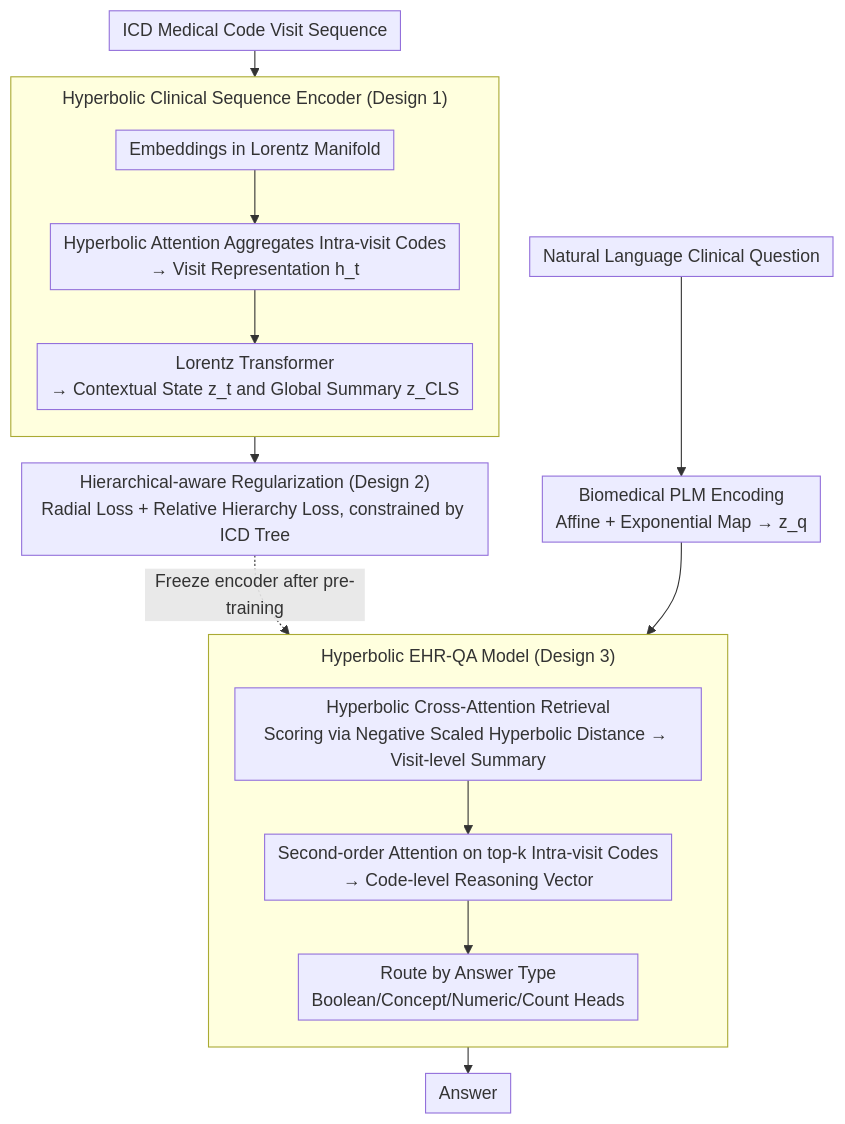
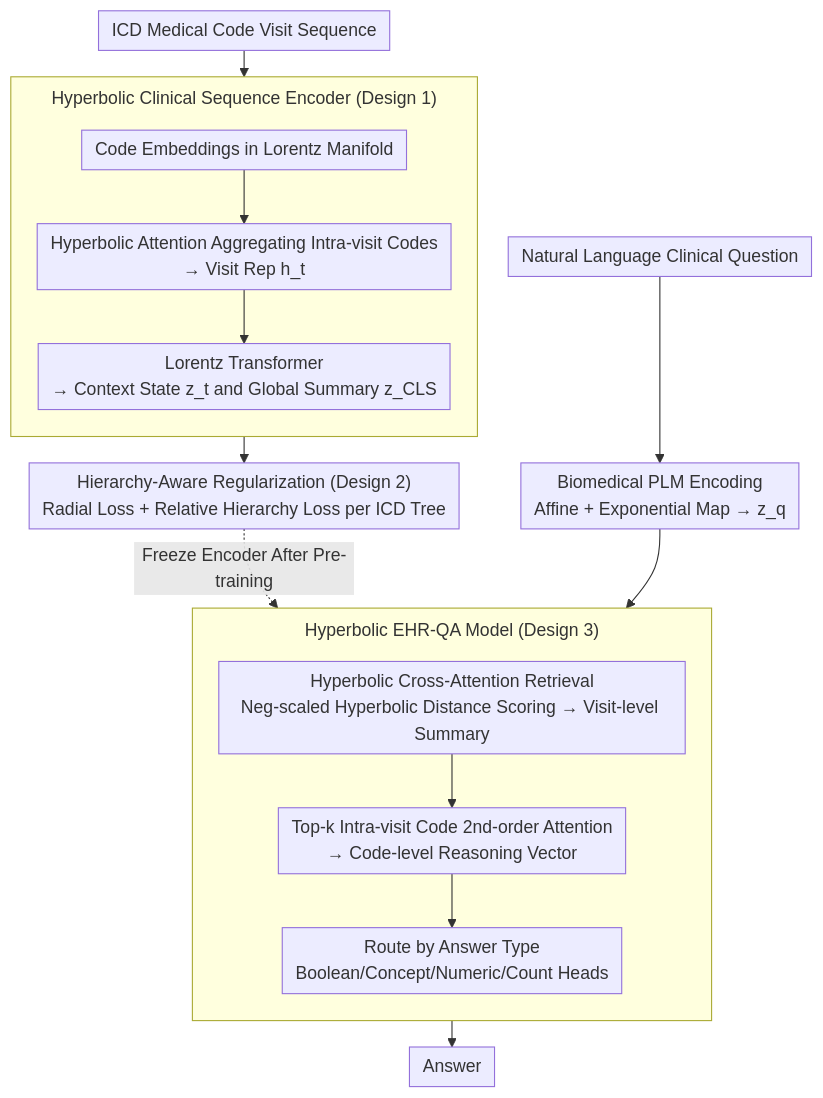
Before and after one commit to zhaoyang97/Paper-Notes-en: the diagram in docs/ACL2026/medical_nlp/hypehr_hyperbolic_modeling_of_electronic_health_records_for_efficient_question_a.md, drawn with Mermaid. The commit also changed other lines of this file and 5084 other files, not shown here.

````diff
--- a/docs/ACL2026/medical_nlp/hypehr_hyperbolic_modeling_of_electronic_health_records_for_efficient_question_a.md
+++ b/docs/ACL2026/medical_nlp/hypehr_hyperbolic_modeling_of_electronic_health_records_for_efficient_question_a.md
@@ -43,20 +43,20 @@
 ```mermaid
 %%{init: {'flowchart': {'rankSpacing': 24, 'nodeSpacing': 28, 'padding': 6, 'wrappingWidth': 400, 'subGraphTitleMargin': {'top': 8, 'bottom': 16}}}}%%
 flowchart TD
     A["ICD Medical Code Visit Sequence"] --> ENC
     subgraph ENC["Hyperbolic Clinical Sequence Encoder (Design 1)"]
         direction TB
-        B["Embeddings in Lorentz Manifold"] --> C["Hyperbolic Attention Aggregates Intra-visit Codes<br/>→ Visit Representation h_t"]
-        C --> D["Lorentz Transformer<br/>→ Contextual State z_t and Global Summary z_CLS"]
+        B["Code Embeddings in Lorentz Manifold"] --> C["Hyperbolic Attention Aggregating Intra-visit Codes<br/>→ Visit Rep h_t"]
+        C --> D["Lorentz Transformer<br/>→ Context State z_t and Global Summary z_CLS"]
     end
-    ENC --> REG["Hierarchical-aware Regularization (Design 2)<br/>Radial Loss + Relative Hierarchy Loss, constrained by ICD Tree"]
+    ENC --> REG["Hierarchy-Aware Regularization (Design 2)<br/>Radial Loss + Relative Hierarchy Loss per ICD Tree"]
     Q["Natural Language Clinical Question"] --> QENC["Biomedical PLM Encoding<br/>Affine + Exponential Map → z_q"]
-    REG -.Freeze encoder after pre-training.-> CA
+    REG -.Freeze Encoder After Pre-training.-> CA
     QENC --> CA
     subgraph QA["Hyperbolic EHR-QA Model (Design 3)"]
         direction TB
-        CA["Hyperbolic Cross-Attention Retrieval<br/>Scoring via Negative Scaled Hyperbolic Distance → Visit-level Summary"] --> TK["Second-order Attention on top-k Intra-visit Codes<br/>→ Code-level Reasoning Vector"]
+        CA["Hyperbolic Cross-Attention Retrieval<br/>Neg-scaled Hyperbolic Distance Scoring → Visit-level Summary"] --> TK["Top-k Intra-visit Code 2nd-order Attention<br/>→ Code-level Reasoning Vector"]
         TK --> RT["Route by Answer Type<br/>Boolean/Concept/Numeric/Count Heads"]
     end
     RT --> OUT["Answer"]
 ```
````
